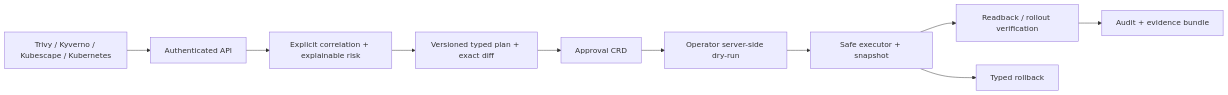
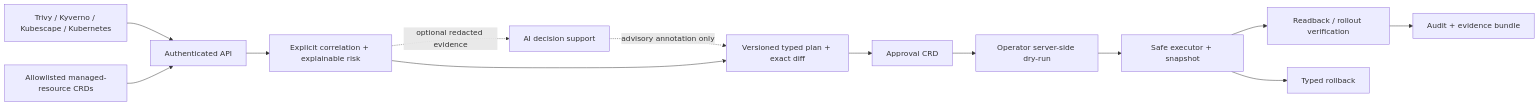
One commit to AtharvaAI/KubeAthrix changed the diagram in README.md. Above: the diagram before and after it, drawn with Mermaid. The commit also changed other lines of this file and 46 other files, not shown here.

````diff
--- a/README.md
+++ b/README.md
@@ -20,12 +21,15 @@
 ```mermaid
 flowchart LR
   S["Trivy / Kyverno / Kubescape / Kubernetes"] --> A["Authenticated API"]
+  M["Allowlisted managed-resource CRDs"] --> A
   A --> C["Explicit correlation + explainable risk"]
+  C -. "optional redacted evidence" .-> AI["AI decision support"]
+  AI -. "advisory annotation only" .-> P
   C --> P["Versioned typed plan + exact diff"]
   P --> V["Approval CRD"]
   V --> O["Operator server-side dry-run"]
   O --> X["Safe executor + snapshot"]
   X --> R["Readback / rollout verification"]
   R --> E["Audit + evidence bundle"]
   X --> B["Typed rollback"]
 ```
````
